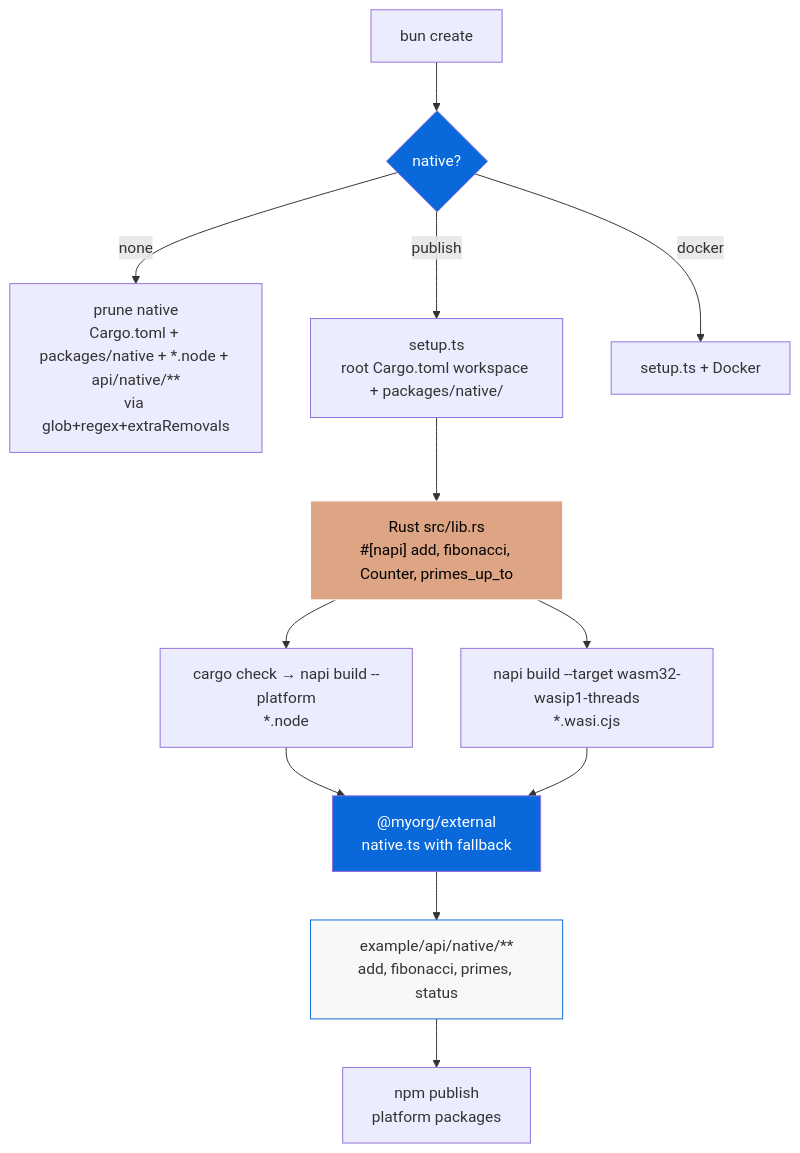
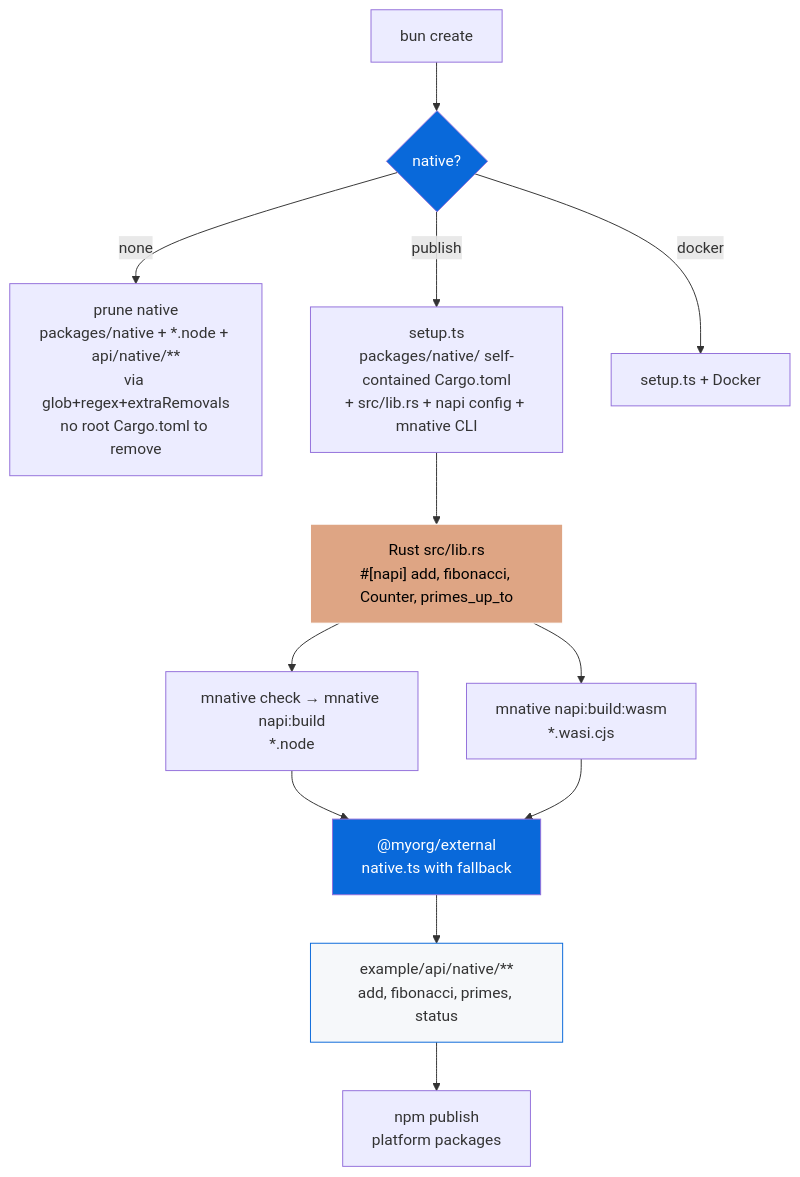
One commit to Archont561/ts-monorepo-template changed the diagram in configs/native/README.md. Above: the diagram before and after it, drawn with Mermaid. The commit also changed other lines of this file and 20 other files, not shown here.

````diff
--- a/configs/native/README.md
+++ b/configs/native/README.md
@@ -151,19 +133,19 @@
 ```mermaid
 graph TD
     A[bun create] --> B{native?}
-    B -->|none| C["prune native<br/>Cargo.toml + packages/native + *.node + api/native/**<br/>via glob+regex+extraRemovals"]
-    B -->|publish| D["setup.ts<br/>root Cargo.toml workspace + packages/native/"]
+    B -->|none| C["prune native<br/>packages/native + *.node + api/native/**<br/>via glob+regex+extraRemovals<br/>no root Cargo.toml to remove"]
+    B -->|publish| D["setup.ts<br/>packages/native/ self-contained Cargo.toml<br/>+ src/lib.rs + napi config + mnative CLI"]
     B -->|docker| E["setup.ts + Docker"]
     D --> F["Rust src/lib.rs<br/>#[napi] add, fibonacci, Counter, primes_up_to"]
-    F --> G["cargo check → napi build --platform<br/>*.node"]
-    F --> H["napi build --target wasm32-wasip1-threads<br/>*.wasi.cjs"]
+    F --> G["mnative check → mnative napi:build<br/>*.node"]
+    F --> H["mnative napi:build:wasm<br/>*.wasi.cjs"]
     G --> I["@myorg/external<br/>native.ts with fallback"]
     H --> I
     I --> J["example/api/native/**<br/>add, fibonacci, primes, status"]
     J --> K["npm publish<br/>platform packages"]
 
     style B fill:#0969DA,color:#fff
     style F fill:#dea584,stroke:#fff,color:#000
     style I fill:#0969DA,color:#fff
     style J fill:#f6f8fa,stroke:#0969DA
 ```
````
